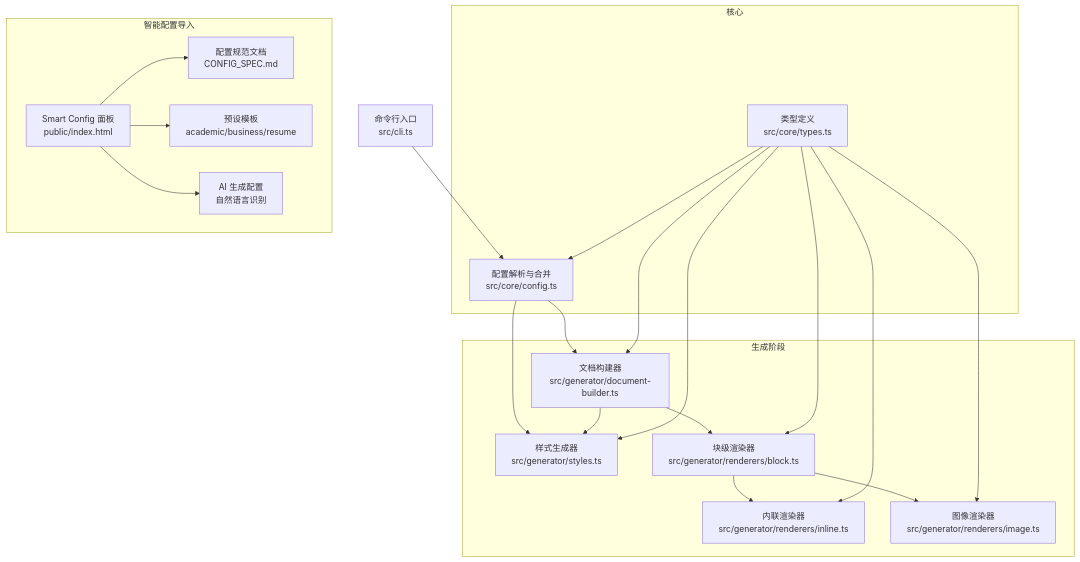
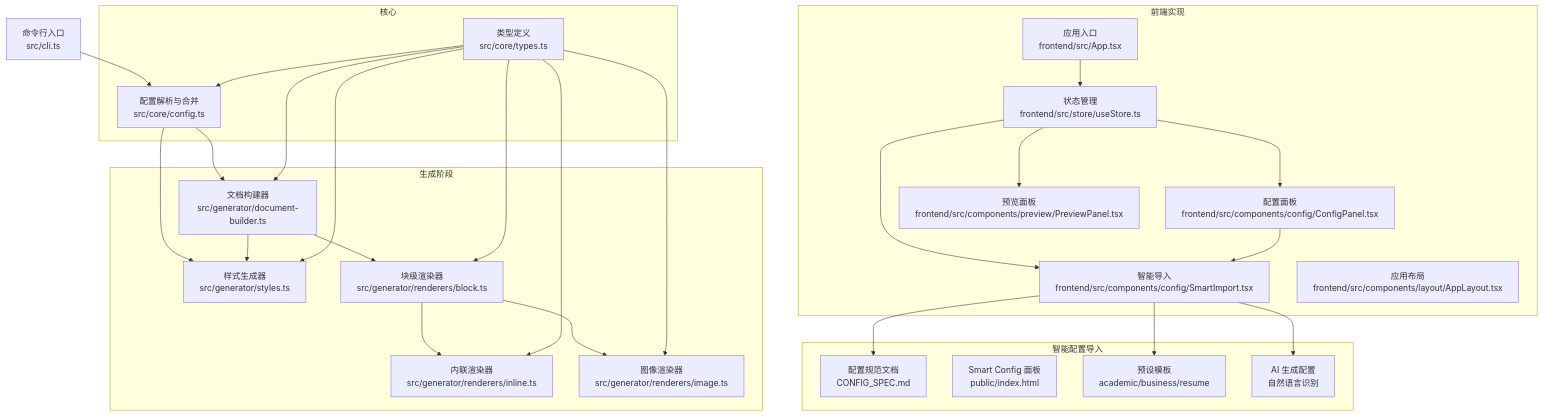
Before and after one commit to wanwushelie/markdown-to-word-studio: the first of 9 diagrams in .lingma/repowiki/zh/content/用户指南/配置系统/配置系统.md, drawn with Mermaid. The commit also changed other lines of this file and 21 other files, not shown here.

````diff
--- a/.lingma/repowiki/zh/content/用户指南/配置系统/配置系统.md
+++ b/.lingma/repowiki/zh/content/用户指南/配置系统/配置系统.md
@@ -59,37 +69,50 @@
 ```mermaid
 graph TB
 subgraph "核心"
 T["类型定义<br/>src/core/types.ts"]
 C["配置解析与合并<br/>src/core/config.ts"]
 end
 subgraph "生成阶段"
 S["样式生成器<br/>src/generator/styles.ts"]
 DB["文档构建器<br/>src/generator/document-builder.ts"]
 RB["块级渲染器<br/>src/generator/renderers/block.ts"]
 RI["内联渲染器<br/>src/generator/renderers/inline.ts"]
 RImg["图像渲染器<br/>src/generator/renderers/image.ts"]
+end
+subgraph "前端实现"
+APP["应用入口<br/>frontend/src/App.tsx"]
+STORE["状态管理<br/>frontend/src/store/useStore.ts"]
+CP["配置面板<br/>frontend/src/components/config/ConfigPanel.tsx"]
+SI["智能导入<br/>frontend/src/components/config/SmartImport.tsx"]
+PP["预览面板<br/>frontend/src/components/preview/PreviewPanel.tsx"]
+APPLY["应用布局<br/>frontend/src/components/layout/AppLayout.tsx"]
 end
 subgraph "智能配置导入"
 SPEC["配置规范文档<br/>CONFIG_SPEC.md"]
 SMART["Smart Config 面板<br/>public/index.html"]
 PRESET["预设模板<br/>academic/business/resume"]
 AI["AI 生成配置<br/>自然语言识别"]
 end
 CLI["命令行入口<br/>src/cli.ts"]
 CLI --> C
 C --> S
 C --> DB
 DB --> S
 DB --> RB
 RB --> RI
 RB --> RImg
 T --> C
 T --> S
 T --> DB
 T --> RB
 T --> RI
 T --> RImg
-SMART --> SPEC
-SMART --> PRESET
-SMART --> AI
+APP --> STORE
+STORE --> CP
+STORE --> SI
+STORE --> PP
+CP --> SI
+SI --> SPEC
+SI --> PRESET
+SI --> AI
 ```
````
